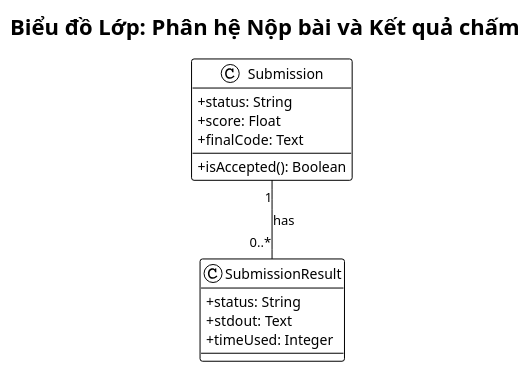
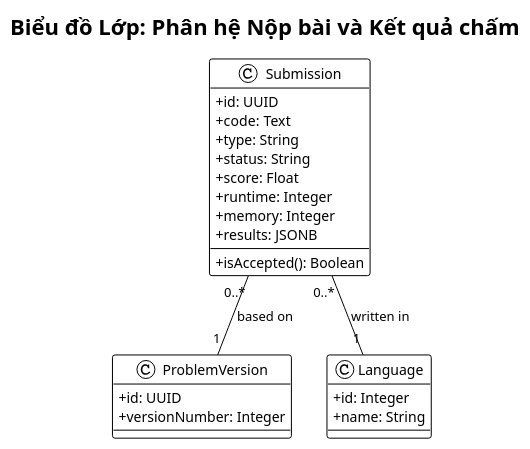
One commit to ARPHAM/codelearn-fe changed the third of 10 diagrams in CodeLearn_BaoCao/03d_Ch3_ClassDiagram_Deployment.md. Above: the diagram before and after it, drawn with PlantUML. The commit also changed other lines of this file and 12 other files, not shown here.

````diff
--- a/CodeLearn_BaoCao/03d_Ch3_ClassDiagram_Deployment.md
+++ b/CodeLearn_BaoCao/03d_Ch3_ClassDiagram_Deployment.md
@@ -86,24 +97,34 @@
 ```plantuml
 @startuml CD_SubmissionModule
 skinparam monochrome true
 !theme plain
 skinparam classAttributeIconSize 0
 title Biểu đồ Lớp: Phân hệ Nộp bài và Kết quả chấm
 
 class Submission {
+  +id: UUID
+  +code: Text
+  +type: String
   +status: String
   +score: Float
-  +finalCode: Text
+  +runtime: Integer
+  +memory: Integer
+  +results: JSONB
   --
   +isAccepted(): Boolean
 }
 
-class SubmissionResult {
-  +status: String
-  +stdout: Text
-  +timeUsed: Integer
+class ProblemVersion {
+  +id: UUID
+  +versionNumber: Integer
 }
 
-Submission "1" -- "0..*" SubmissionResult : has
+class Language {
+  +id: Integer
+  +name: String
+}
+
+Submission "0..*" -- "1" ProblemVersion : based on
+Submission "0..*" -- "1" Language : written in
 @enduml
 ```
````
